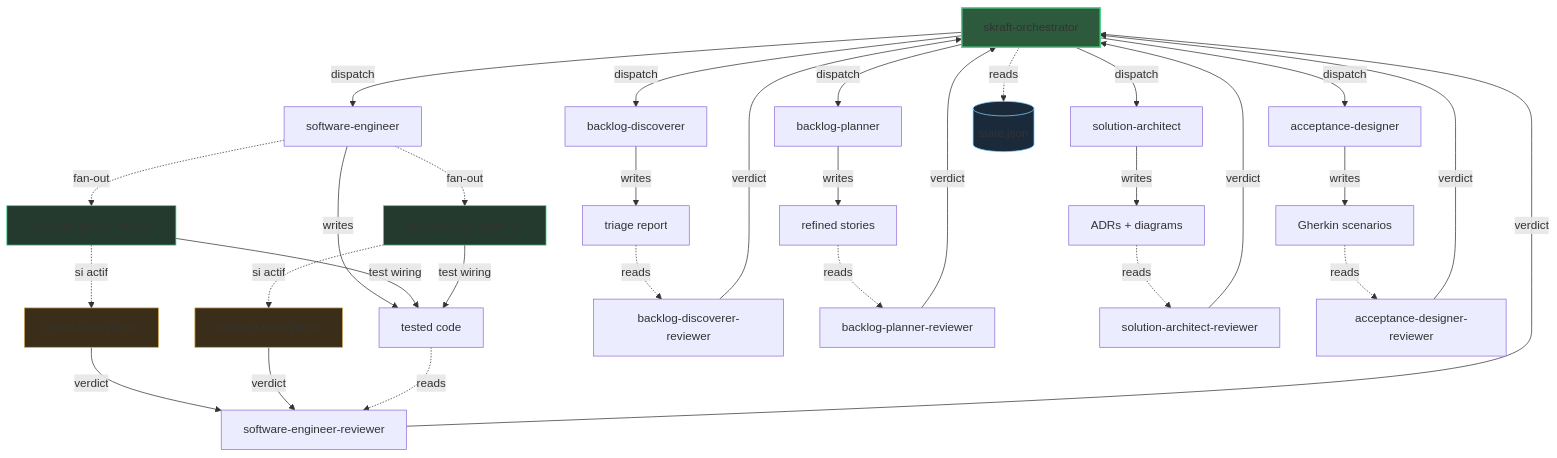
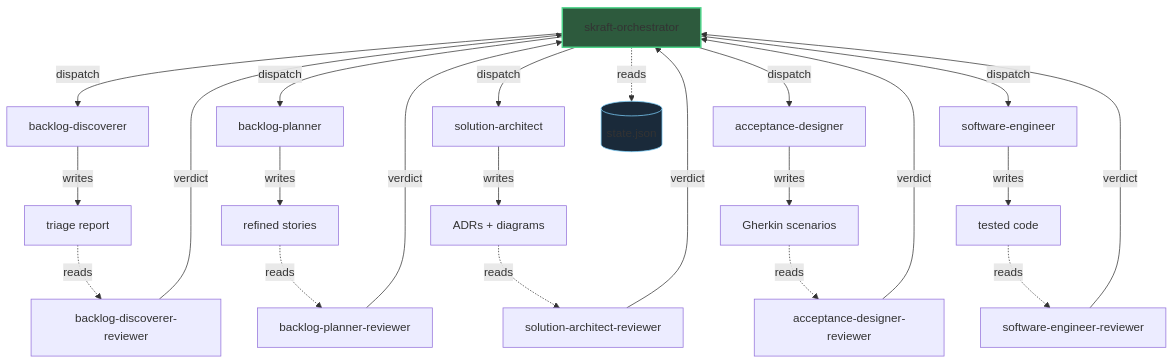
Before and after one commit to SebastienDegodez/skraft-plugin: the diagram in docs/site/fr/explanation/architecture.md, drawn with Mermaid. The commit also changed other lines of this file and 69 other files, not shown here.

````diff
--- a/docs/site/fr/explanation/architecture.md
+++ b/docs/site/fr/explanation/architecture.md
@@ -17,44 +21,31 @@
 ```mermaid
 graph TB
     O[skraft-orchestrator] -->|dispatch| BD[backlog-discoverer]
     O -->|dispatch| BP[backlog-planner]
     O -->|dispatch| SA[solution-architect]
     O -->|dispatch| AD[acceptance-designer]
     O -->|dispatch| SE[software-engineer]
     
     BD -->|writes| A1[triage report]
     BP -->|writes| A2[refined stories]
     SA -->|writes| A3[ADRs + diagrams]
     AD -->|writes| A4[Gherkin scenarios]
     SE -->|writes| A5[tested code]
-
-    SE -.fan-out.-> MIW[mock-integration-worker]
-    SE -.fan-out.-> CTW[contract-testing-worker]
-    MIW -->|test wiring| A5
-    CTW -->|test wiring| A5
-    MIW -.si actif.-> MFL[mock-fidelity-lens]
-    CTW -.si actif.-> CFL[contract-fidelity-lens]
-    MFL -->|verdict| SER
-    CFL -->|verdict| SER
     
     A1 -.->|reads| BDR[backlog-discoverer-reviewer]
     A2 -.->|reads| BPR[backlog-planner-reviewer]
     A3 -.->|reads| SAR[solution-architect-reviewer]
     A4 -.->|reads| ADR[acceptance-designer-reviewer]
     A5 -.->|reads| SER[software-engineer-reviewer]
     
     BDR -->|verdict| O
     BPR -->|verdict| O
     SAR -->|verdict| O
     ADR -->|verdict| O
     SER -->|verdict| O
     
     O -.->|reads| S[(state.json)]
     
     style O fill:#2d5a3d,stroke:#4ed58a,stroke-width:2px
     style S fill:#1a2a3a,stroke:#7fd3ff
-    style MIW fill:#243a2e,stroke:#4ed58a
-    style CTW fill:#243a2e,stroke:#4ed58a
-    style MFL fill:#3a2e1a,stroke:#d5a84e
-    style CFL fill:#3a2e1a,stroke:#d5a84e
 ```
````
